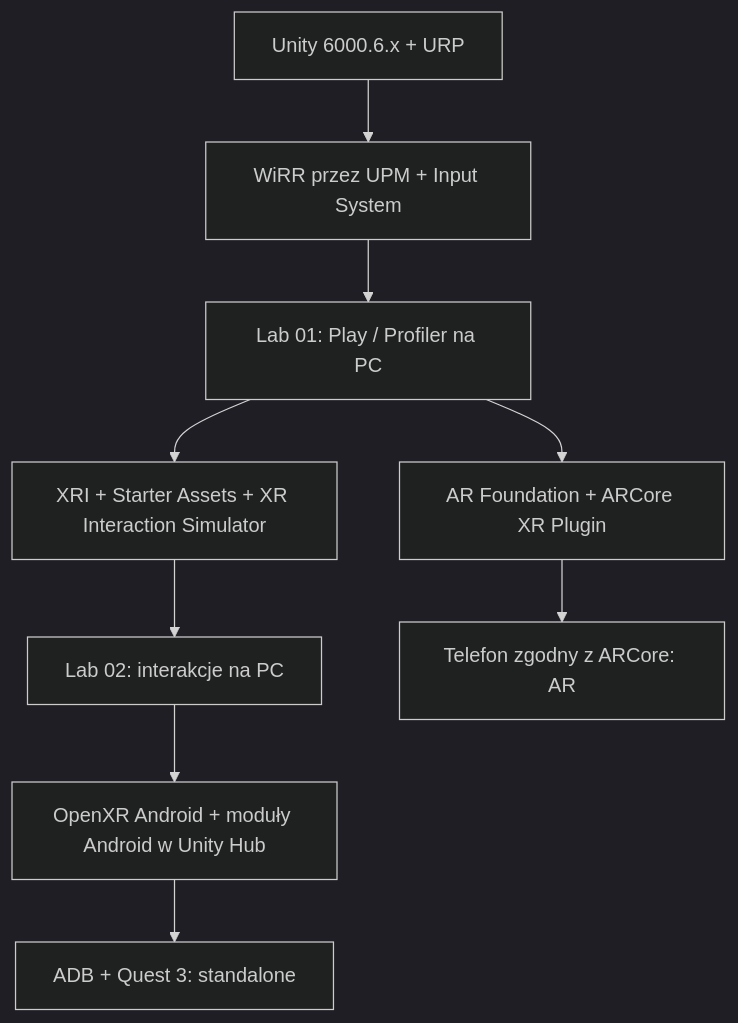
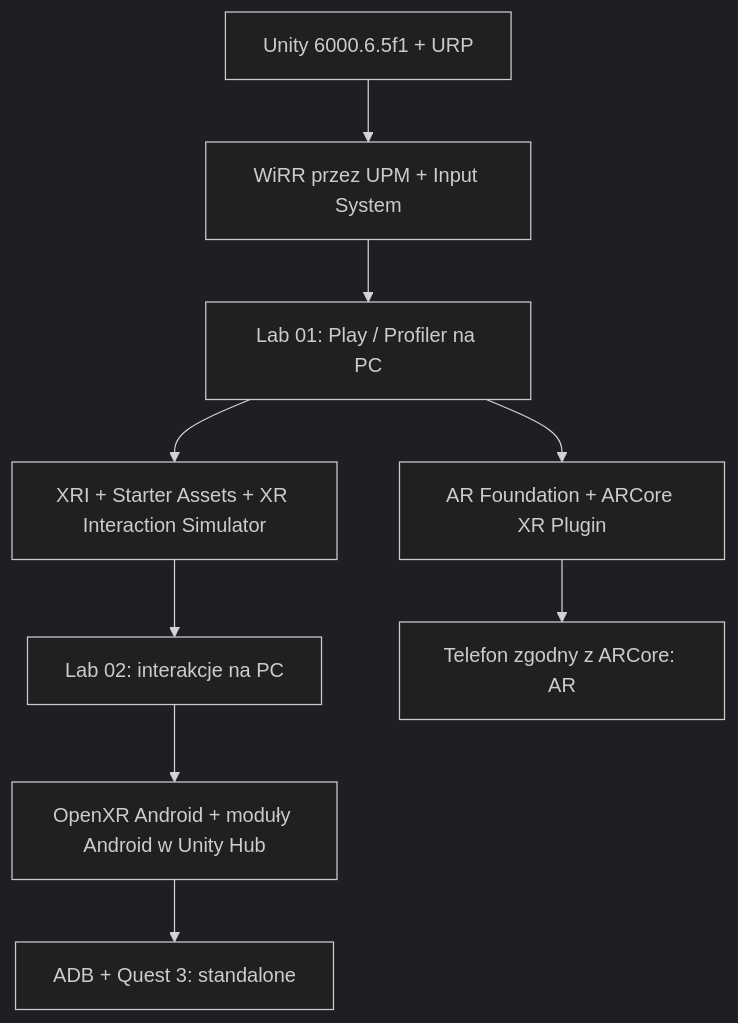
One commit to KIA-students/wirr changed the diagram in Documentation~/Reference/OS_SETUP.md. Above: the diagram before and after it, drawn with Mermaid (dark theme). The commit also changed other lines of this file and 61 other files, not shown here.

````diff
--- a/Documentation~/Reference/OS_SETUP.md
+++ b/Documentation~/Reference/OS_SETUP.md
@@ -68,11 +68,11 @@
 ```mermaid
 flowchart TD
- A["Unity 6000.6.x + URP"] --> B["WiRR przez UPM + Input System"]
+ A["Unity 6000.6.5f1 + URP"] --> B["WiRR przez UPM + Input System"]
  B --> C["Lab 01: Play / Profiler na PC"]
  C --> D["XRI + Starter Assets + XR Interaction Simulator"]
  D --> E["Lab 02: interakcje na PC"]
  E --> F["OpenXR Android + moduły Android w Unity Hub"]
  F --> G["ADB + Quest 3: standalone"]
  C --> H["AR Foundation + ARCore XR Plugin"]
  H --> I["Telefon zgodny z ARCore: AR"]
 ```
````
